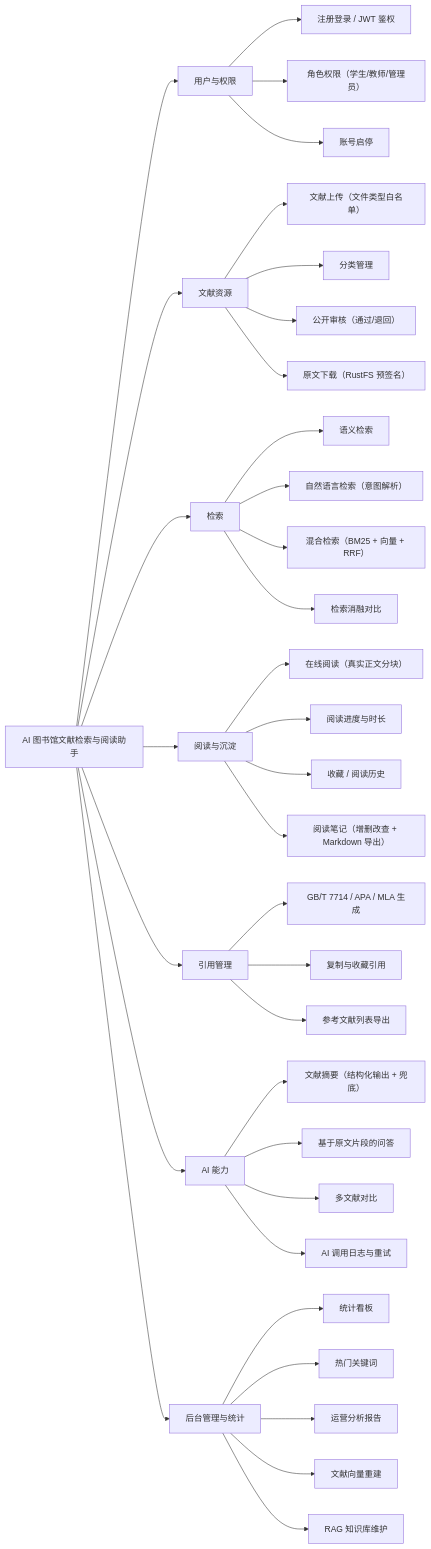
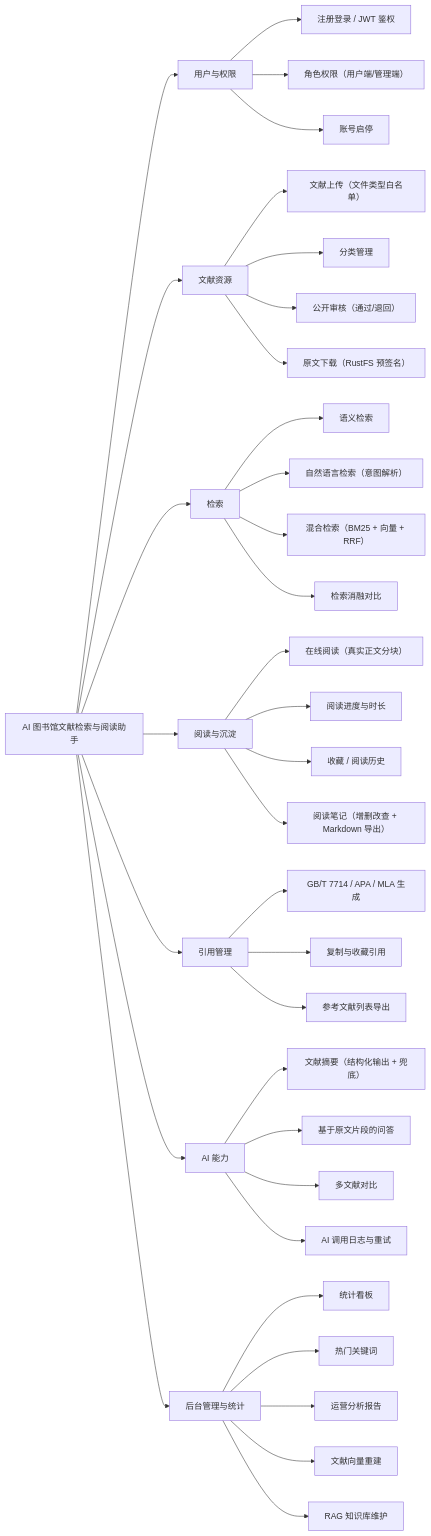
One commit to MaouXY/ScholarMind changed the second of 13 diagrams in doc/AI图书馆文献检索与阅读助手-05-设计图表.md. Above: the diagram before and after it, drawn with Mermaid. The commit also changed other lines of this file and 47 other files, not shown here.

````diff
--- a/doc/AI图书馆文献检索与阅读助手-05-设计图表.md
+++ b/doc/AI图书馆文献检索与阅读助手-05-设计图表.md
@@ -78,46 +77,46 @@
 ```mermaid
 flowchart LR
     ROOT["AI 图书馆文献检索与阅读助手"]
 
     ROOT --> M1["用户与权限"]
     ROOT --> M2["文献资源"]
     ROOT --> M3["检索"]
     ROOT --> M4["阅读与沉淀"]
     ROOT --> M5["引用管理"]
     ROOT --> M6["AI 能力"]
     ROOT --> M7["后台管理与统计"]
 
     M1 --> M1a["注册登录 / JWT 鉴权"]
-    M1 --> M1b["角色权限（学生/教师/管理员）"]
+    M1 --> M1b["角色权限（用户端/管理端）"]
     M1 --> M1c["账号启停"]
 
     M2 --> M2a["文献上传（文件类型白名单）"]
     M2 --> M2b["分类管理"]
     M2 --> M2c["公开审核（通过/退回）"]
     M2 --> M2d["原文下载（RustFS 预签名）"]
 
     M3 --> M3a["语义检索"]
     M3 --> M3b["自然语言检索（意图解析）"]
     M3 --> M3c["混合检索（BM25 + 向量 + RRF）"]
     M3 --> M3d["检索消融对比"]
 
     M4 --> M4a["在线阅读（真实正文分块）"]
     M4 --> M4b["阅读进度与时长"]
     M4 --> M4c["收藏 / 阅读历史"]
     M4 --> M4d["阅读笔记（增删改查 + Markdown 导出）"]
 
     M5 --> M5a["GB/T 7714 / APA / MLA 生成"]
     M5 --> M5b["复制与收藏引用"]
     M5 --> M5c["参考文献列表导出"]
 
     M6 --> M6a["文献摘要（结构化输出 + 兜底）"]
     M6 --> M6b["基于原文片段的问答"]
     M6 --> M6c["多文献对比"]
     M6 --> M6d["AI 调用日志与重试"]
 
     M7 --> M7a["统计看板"]
     M7 --> M7b["热门关键词"]
     M7 --> M7c["运营分析报告"]
     M7 --> M7d["文献向量重建"]
     M7 --> M7e["RAG 知识库维护"]
 ```
````
